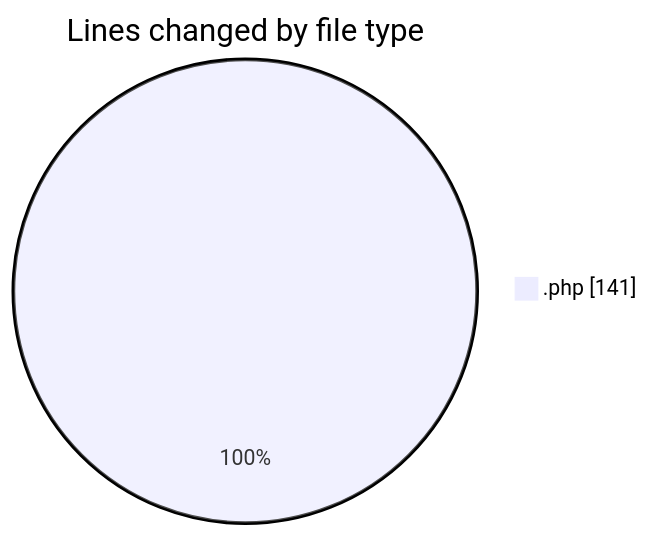
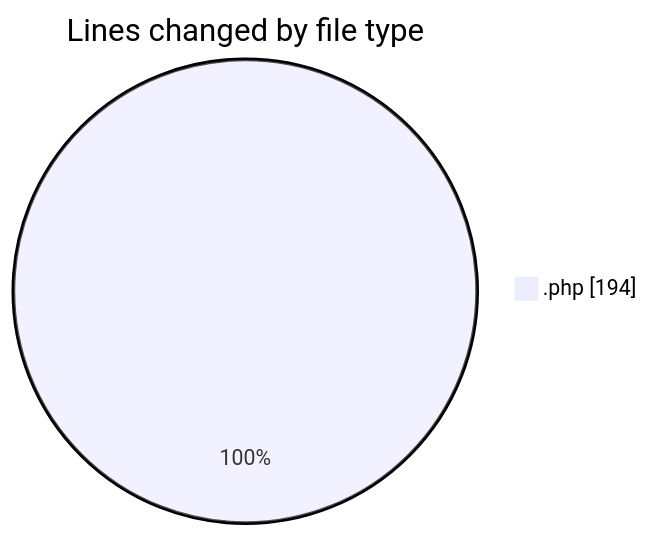
One commit to LanceThiago/code-tracking changed the first of 2 diagrams in 2025-07-02/web/README.md. Above: the diagram before and after it, drawn with Mermaid. The commit also changed other lines of this file and 1 other file, not shown here.

````diff
--- a/2025-07-02/web/README.md
+++ b/2025-07-02/web/README.md
@@ -20,5 +20,5 @@
 ```mermaid
 pie showData
 title Lines changed by file type
-".php" : 141
+".php" : 194
 ```
````
